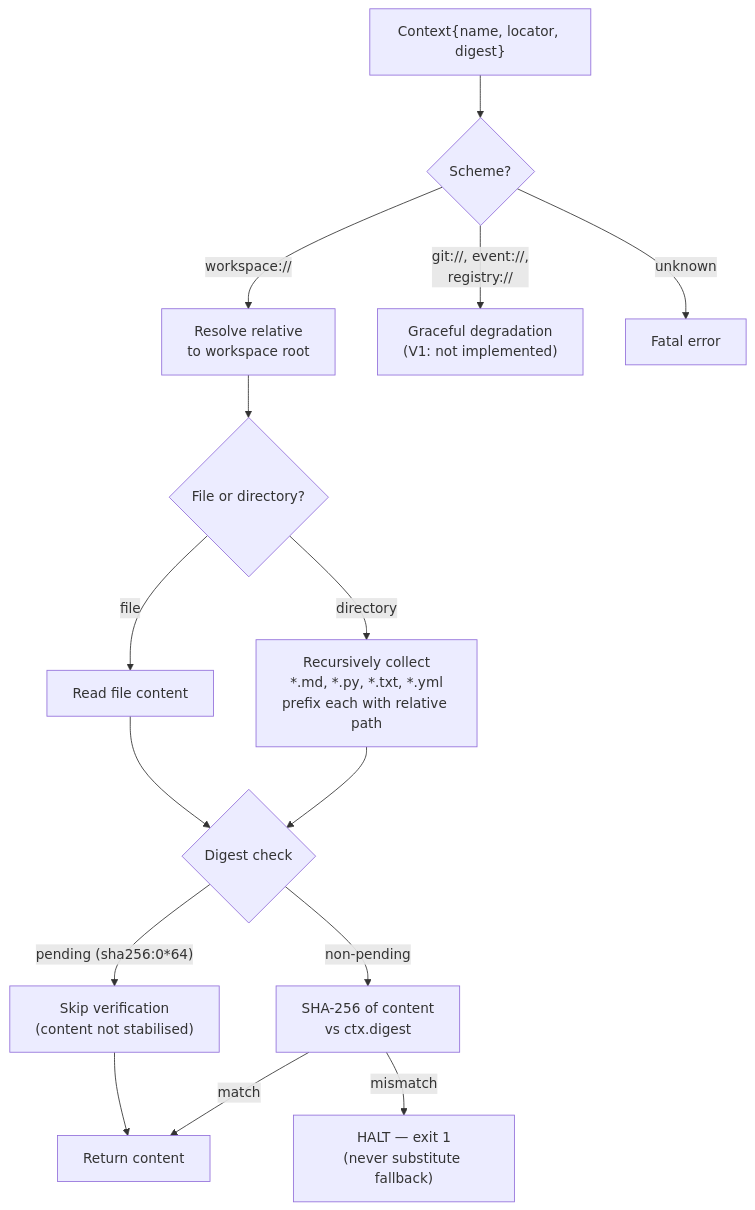
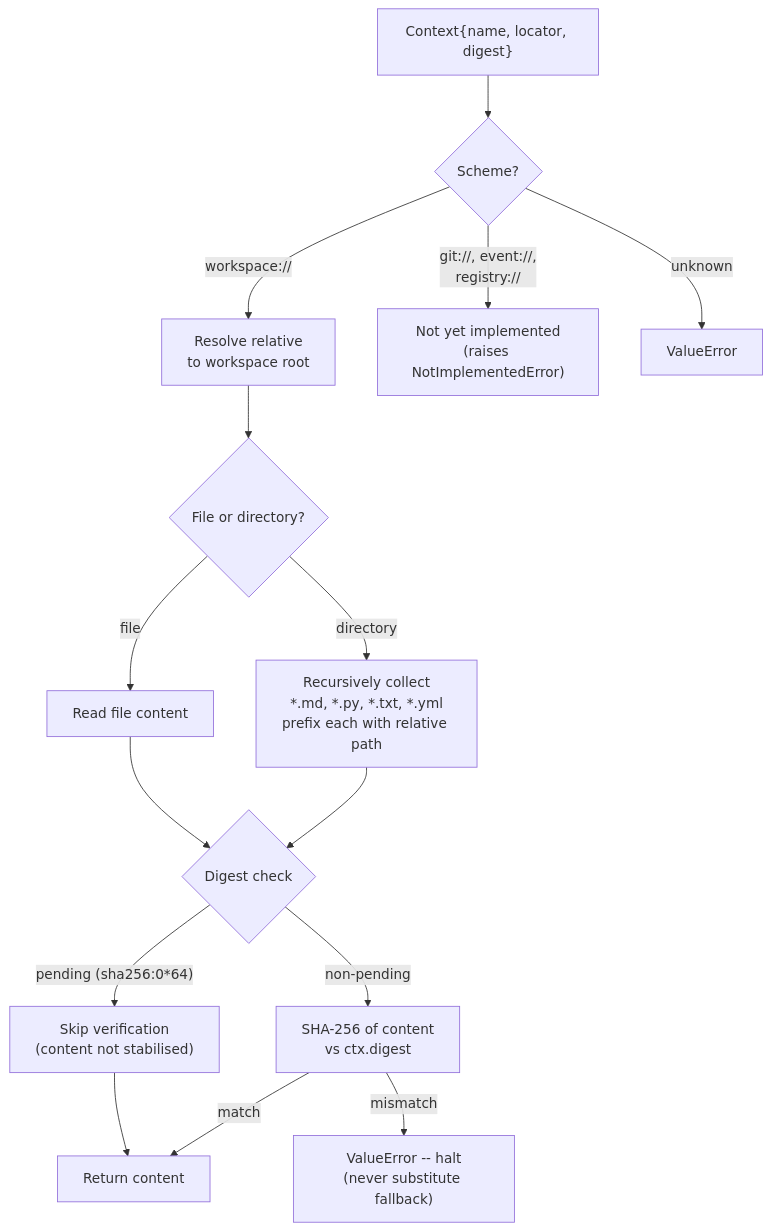
Diagram 19 of 23 in docs/ABG_Design_Document.md (foolishimp/abiogenesis), drawn with Mermaid before and after one commit. The commit also changed other lines of this file and 90 other files, not shown here.

````diff
--- a/docs/ABG_Design_Document.md
+++ b/docs/ABG_Design_Document.md
@@ -653,19 +847,19 @@
 ```mermaid
 flowchart TD
     CTX["Context{name, locator, digest}"] --> SC{"Scheme?"}
     SC -->|"workspace://"| WS["Resolve relative\nto workspace root"]
-    SC -->|"git://, event://,\nregistry://"| GD["Graceful degradation\n(V1: not implemented)"]
-    SC -->|"unknown"| FE["Fatal error"]
+    SC -->|"git://, event://,\nregistry://"| NI["Not yet implemented\n(raises NotImplementedError)"]
+    SC -->|"unknown"| FE["ValueError"]
 
     WS --> FT{"File or directory?"}
     FT -->|file| RF["Read file content"]
     FT -->|directory| RD["Recursively collect\n*.md, *.py, *.txt, *.yml\nprefix each with relative path"]
 
     RF --> DV{"Digest check"}
     RD --> DV
     DV -->|"pending (sha256:0*64)"| SKIP["Skip verification\n(content not stabilised)"]
     DV -->|"non-pending"| CMP["SHA-256 of content\nvs ctx.digest"]
     CMP -->|match| OK["Return content"]
-    CMP -->|mismatch| HALT["HALT — exit 1\n(never substitute fallback)"]
+    CMP -->|mismatch| HALT["ValueError -- halt\n(never substitute fallback)"]
     SKIP --> OK
 ```
````
